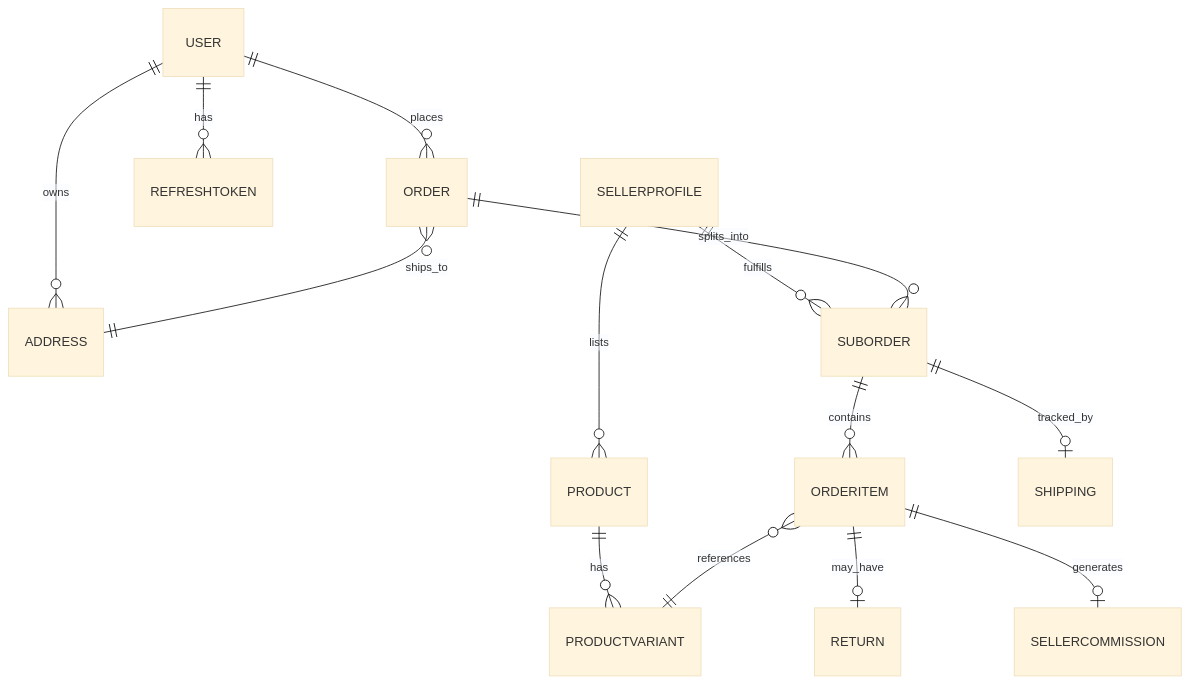
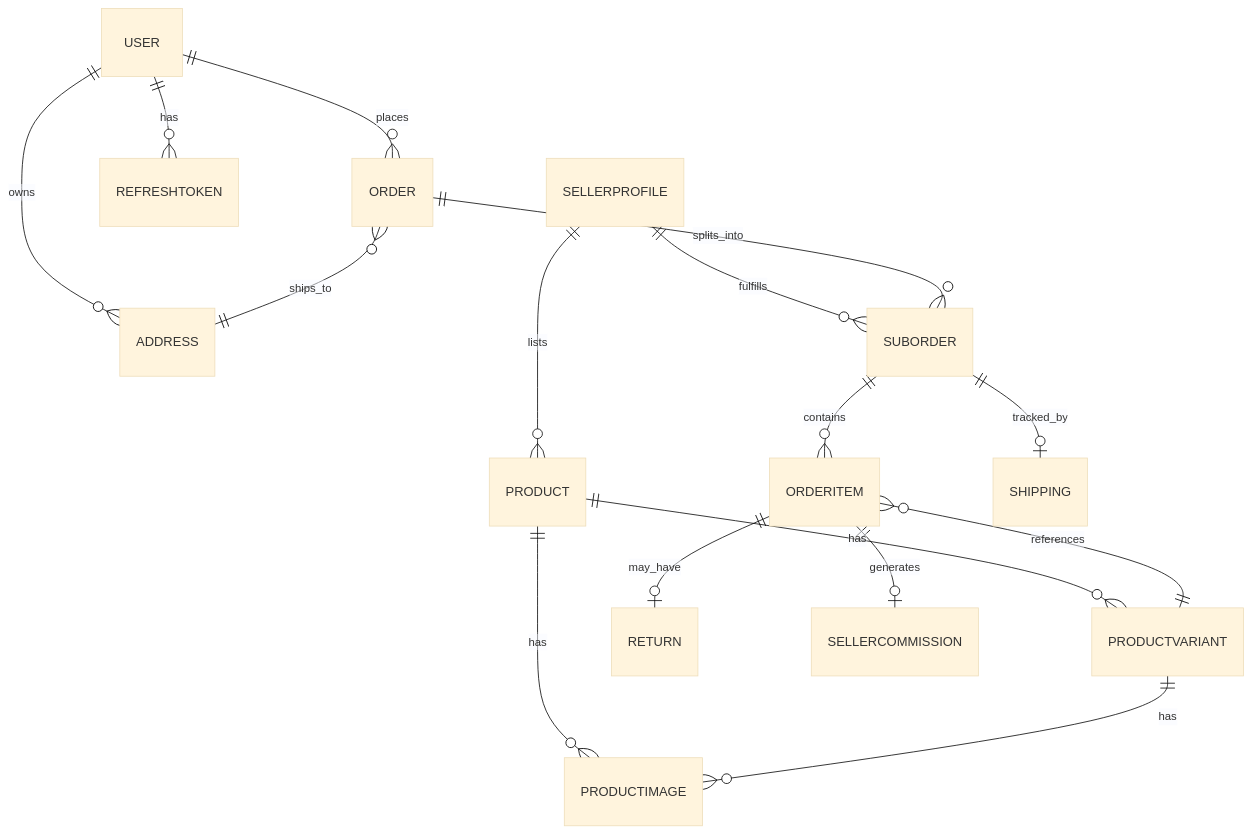
Before and after one commit to MsterX-1/menacart: the fourth of 4 diagrams in docs/MenaCart_Backend_Documentation.md, drawn with Mermaid (base theme). The commit also changed other lines of this file and 14 other files, not shown here.

````diff
--- a/docs/MenaCart_Backend_Documentation.md
+++ b/docs/MenaCart_Backend_Documentation.md
@@ -174,16 +176,18 @@
 ```mermaid
 erDiagram
     USER ||--o{ ORDER : places
     USER ||--o{ ADDRESS : owns
     USER ||--o{ REFRESHTOKEN : has
     SELLERPROFILE ||--o{ SUBORDER : fulfills
     SELLERPROFILE ||--o{ PRODUCT : lists
     ORDER ||--o{ SUBORDER : splits_into
     ORDER }o--|| ADDRESS : ships_to
     SUBORDER ||--o{ ORDERITEM : contains
     SUBORDER ||--o| SHIPPING : tracked_by
     PRODUCT ||--o{ PRODUCTVARIANT : has
+    PRODUCT ||--o{ PRODUCTIMAGE : has
+    PRODUCTVARIANT ||--o{ PRODUCTIMAGE : has
     ORDERITEM }o--|| PRODUCTVARIANT : references
     ORDERITEM ||--o| RETURN : may_have
     ORDERITEM ||--o| SELLERCOMMISSION : generates
 ```
````
